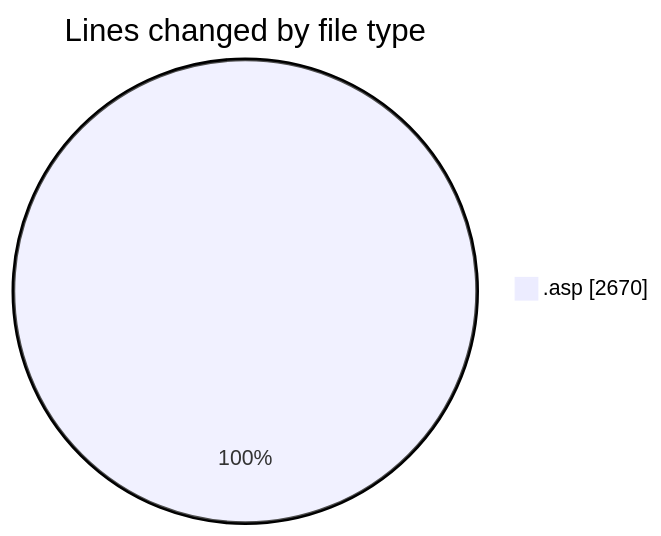
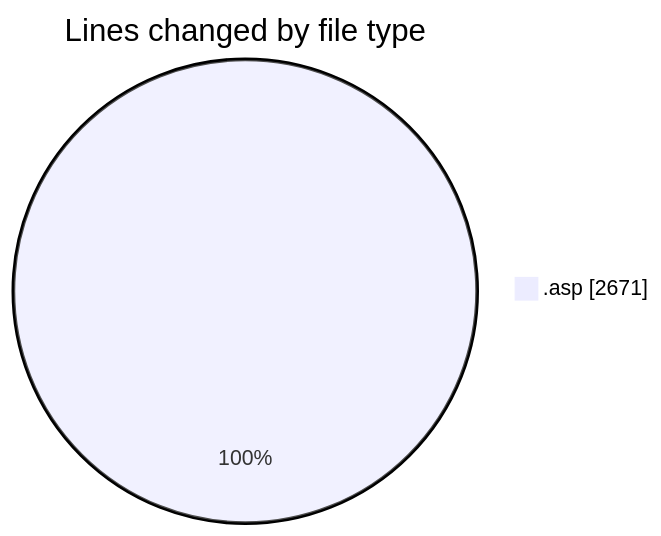
The first of 2 diagrams in 2025-10-31/cdp_aleoudev_fr__workspace_/README.md (julien-gomy/code-tracking), drawn with Mermaid before and after one commit. The commit also changed other lines of this file and 1 other file, not shown here.

````diff
--- a/2025-10-31/cdp_aleoudev_fr__workspace_/README.md
+++ b/2025-10-31/cdp_aleoudev_fr__workspace_/README.md
@@ -21,5 +21,5 @@
 ```mermaid
 pie showData
 title Lines changed by file type
-".asp" : 2670
+".asp" : 2671
 ```
````
